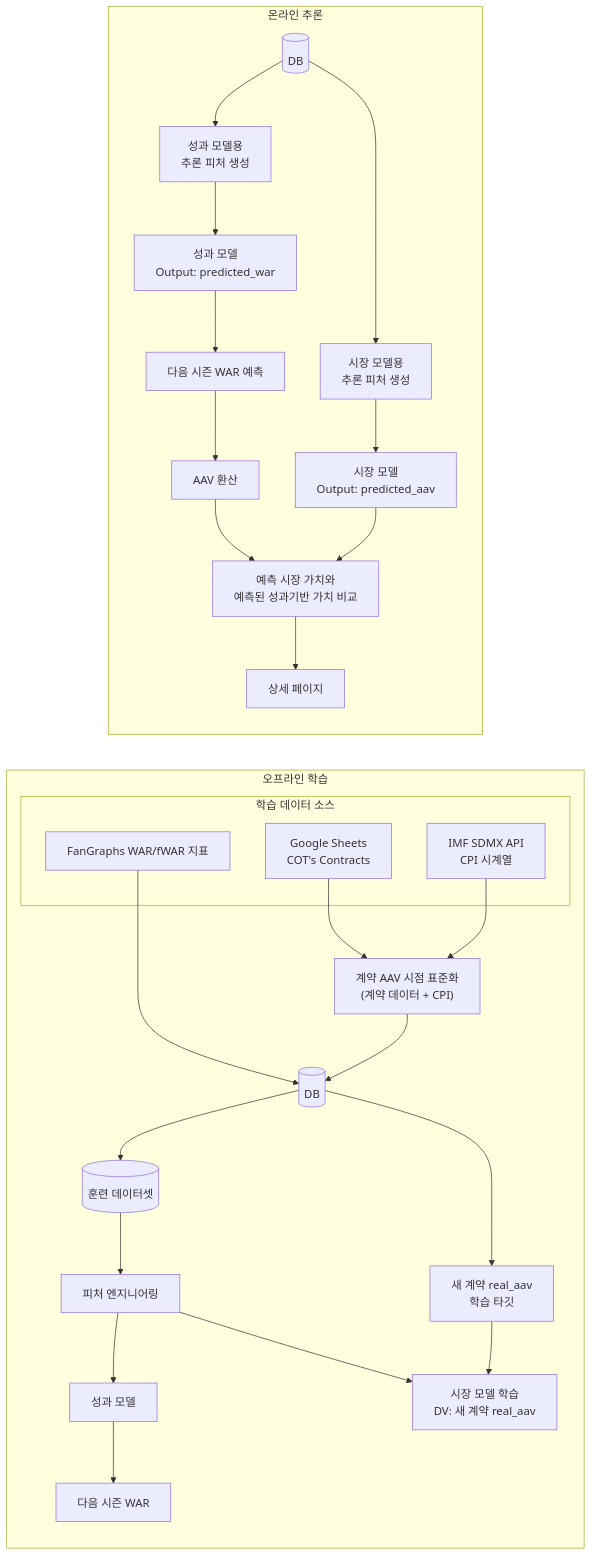
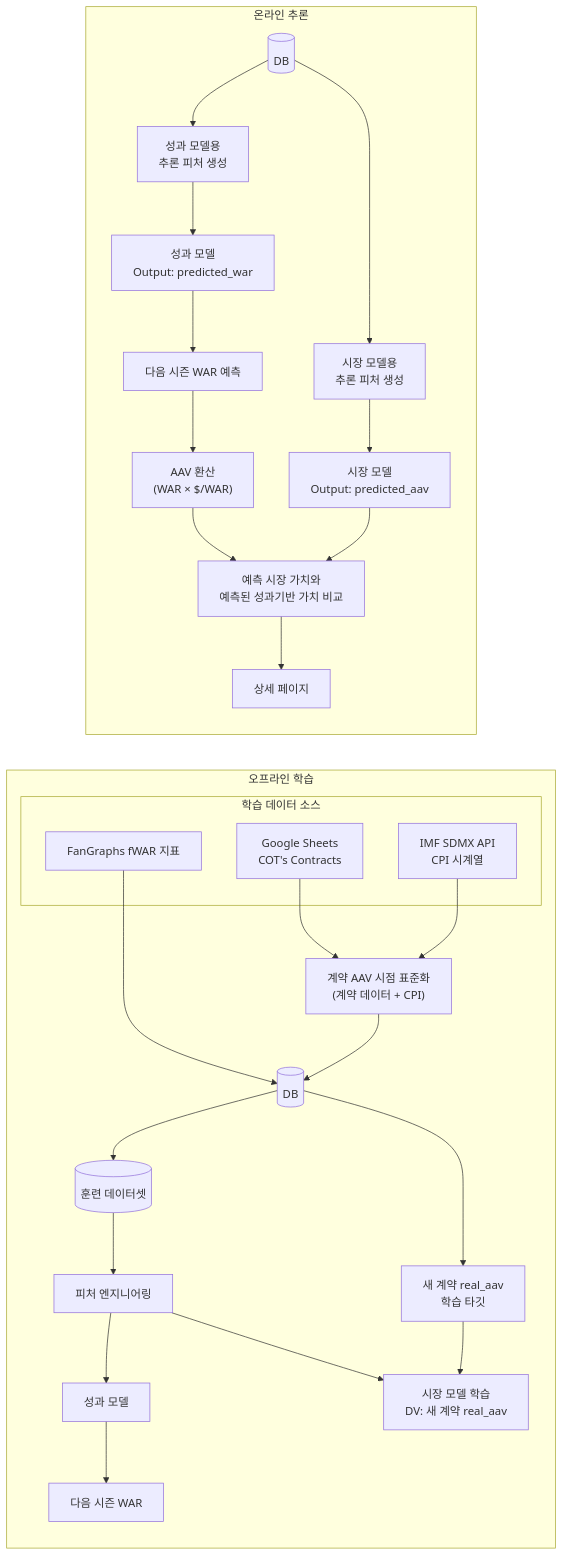
One commit to yechuk/backend changed the fifth of 6 diagrams in ARCHITECTURE_TOBE.md. Above: the diagram before and after it, drawn with Mermaid. The commit also changed other lines of this file and 28 other files, not shown here.

````diff
--- a/ARCHITECTURE_TOBE.md
+++ b/ARCHITECTURE_TOBE.md
@@ -134,34 +221,34 @@
 ```mermaid
 flowchart LR
     subgraph train [오프라인 학습]
         subgraph train_sources [학습 데이터 소스]
-            FGSrc[FanGraphs WAR/fWAR 지표]
+            FGSrc[FanGraphs fWAR 지표]
             ContractSrc["Google Sheets<br/>COT's Contracts"]
             CPISrc["IMF SDMX API<br/>CPI 시계열"]
         end
         Standardize["계약 AAV 시점 표준화<br/>(계약 데이터 + CPI)"]
         FGSrc --> DB
         ContractSrc --> Standardize
         CPISrc --> Standardize
         Standardize --> DB
         DB[(DB)] --> TrainSet[(훈련 데이터셋)]
         DB --> AAVTarget["새 계약 real_aav<br/>학습 타깃"]
         TrainSet --> FE[피처 엔지니어링]
         FE --> PerfTrain[성과 모델]
         FE --> MarketTrain["시장 모델 학습<br/>DV: 새 계약 real_aav"]
         PerfTrain --> ValueLayer[다음 시즌 WAR]
         AAVTarget --> MarketTrain
     end
 
     subgraph infer [온라인 추론]
         OnlineDB[(DB)] --> PerfFE["성과 모델용<br/>추론 피처 생성"]
         OnlineDB[(DB)] --> MarketFE["시장 모델용<br/>추론 피처 생성"]
         PerfFE --> Performance["성과 모델<br/>Output: predicted_war"]
         MarketFE --> MarketInfer["시장 모델<br/>Output: predicted_aav"]
         Performance --> WarOut[다음 시즌 WAR 예측]
-        WarOut --> ValueConv[AAV 환산]
+        WarOut --> ValueConv["AAV 환산<br/>(WAR × $/WAR)"]
         ValueConv --> Decision["예측 시장 가치와<br/>예측된 성과기반 가치 비교"]
         MarketInfer --> Decision
         Decision --> UI[상세 페이지]
     end
 ```
````
